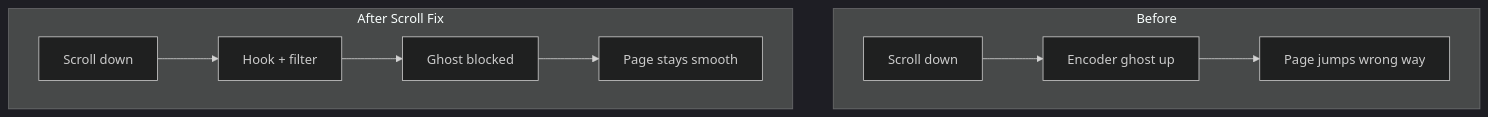
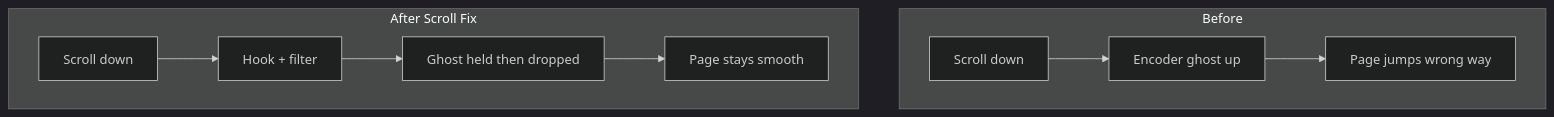
Before and after one commit to Leozz18/scroll-fix: the second of 2 diagrams in docs/ROADMAP.md, drawn with Mermaid (dark theme). The commit also changed other lines of this file and 14 other files, not shown here.

````diff
--- a/docs/ROADMAP.md
+++ b/docs/ROADMAP.md
@@ -44,17 +67,17 @@
 ```mermaid
 flowchart TB
   subgraph before [Before]
     a1[Scroll down]
     a2[Encoder ghost up]
     a3[Page jumps wrong way]
     a1 --> a2 --> a3
   end
 
   subgraph after [After Scroll Fix]
     b1[Scroll down]
     b2[Hook + filter]
-    b3[Ghost blocked]
+    b3[Ghost held then dropped]
     b4[Page stays smooth]
     b1 --> b2 --> b3 --> b4
   end
 ```
````
